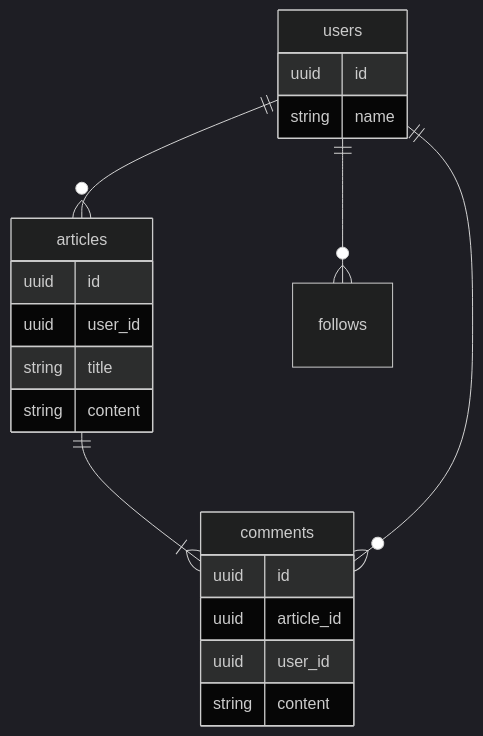
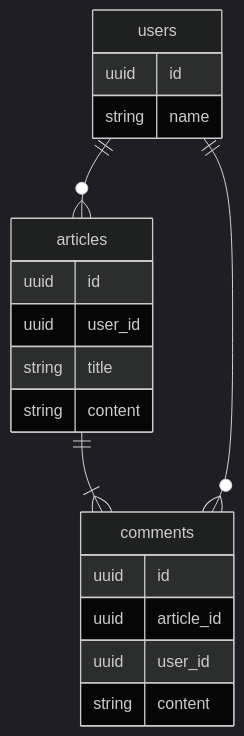
Before and after one commit to nmemoto/zenn-contents: the diagram in articles/generating-a-large-amount-of-data-using-sql.md, drawn with Mermaid (dark theme).

Commit message:
Modify generating-a-large-amount-of-data-using-sql

````diff
--- a/articles/generating-a-large-amount-of-data-using-sql.md
+++ b/articles/generating-a-large-amount-of-data-using-sql.md
@@ -17,23 +17,22 @@
 ```mermaid
 erDiagram
     users ||--o{ articles: ""
     users {
         uuid id
         string name 
     }
-    users ||--o{ follows: ""
     articles ||--|{ comments:""
     articles {
         uuid id
         uuid user_id
         string title
         string content
     }
     users ||--o{ comments: ""
     comments {
         uuid id
         uuid article_id
         uuid user_id
         string content
     }
 ```
````
